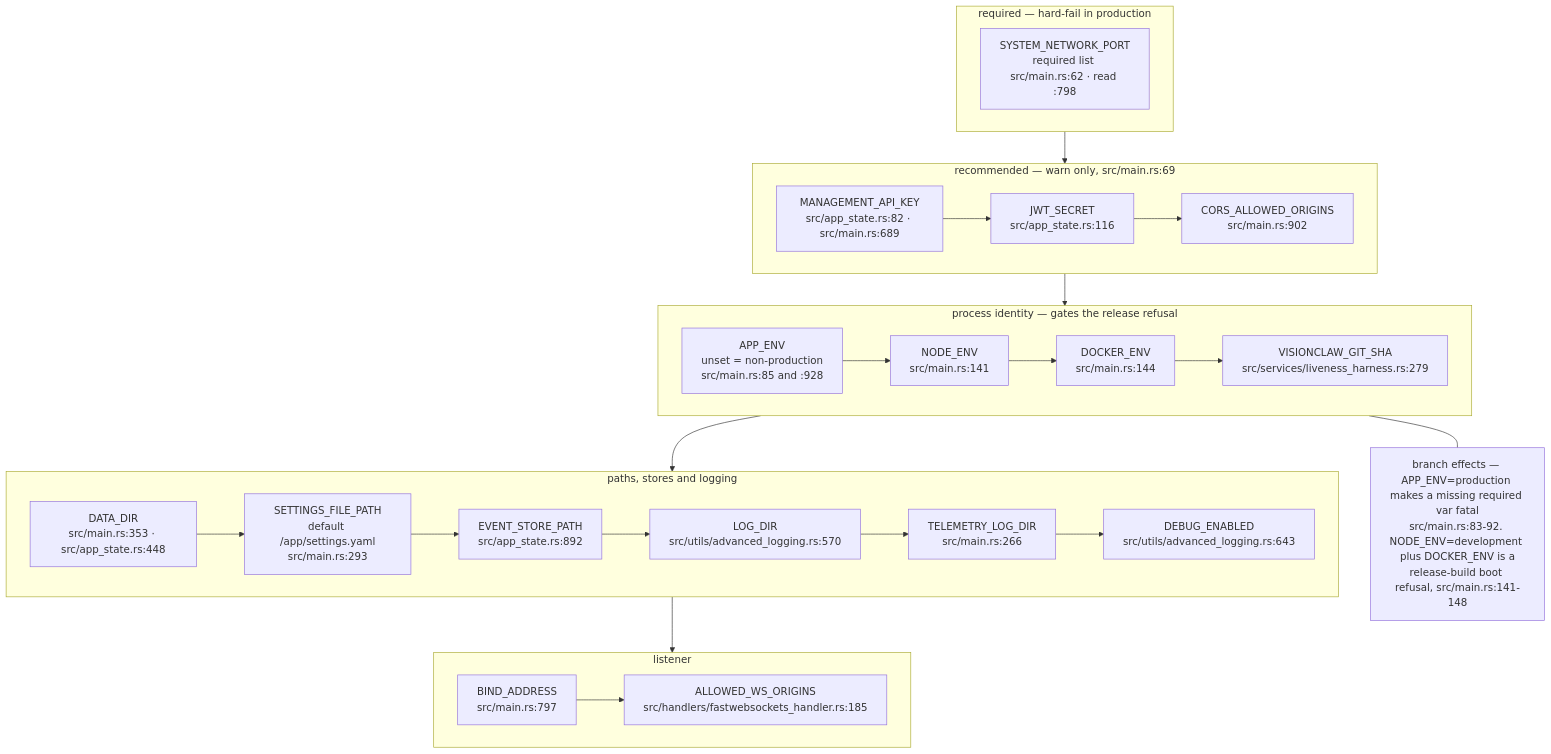
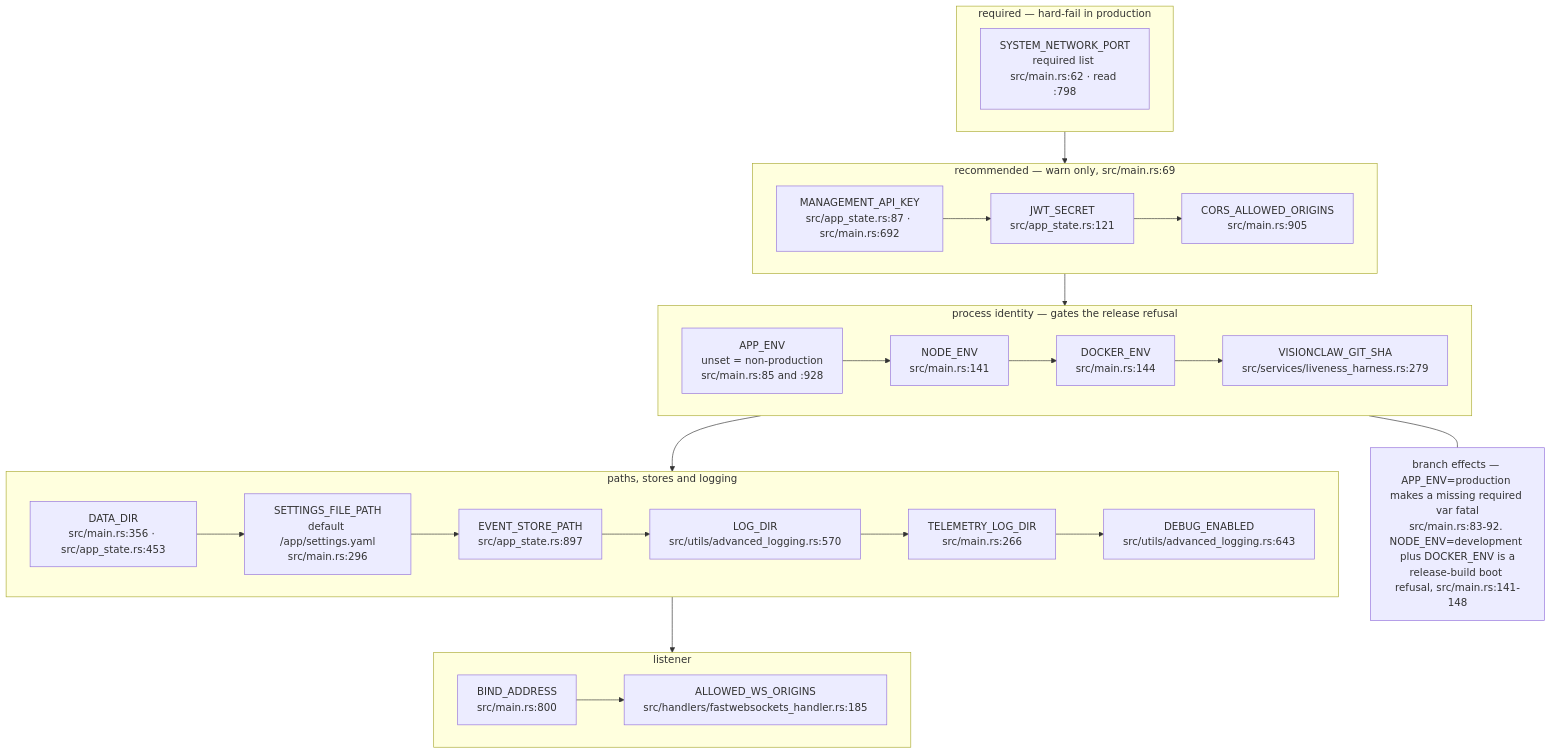
The eighth of 15 diagrams in docs/diagrams/visionclaw/09-config-and-env-flags.md (DreamLab-AI/AR-AI-Knowledge-Graph), drawn with Mermaid before and after one commit. The commit also changed other lines of this file and 73 other files, not shown here.

First line of the commit message:
docs(diagrams): re-verify all 71 topic files against HEAD; add --cite-check

````diff
--- a/docs/diagrams/visionclaw/09-config-and-env-flags.md
+++ b/docs/diagrams/visionclaw/09-config-and-env-flags.md
@@ -375,21 +375,21 @@
 ```mermaid
 flowchart TB
     subgraph REQ["required — hard-fail in production"]
         E1["SYSTEM_NETWORK_PORT<br/>required list src/main.rs:62 · read :798"]
     end
     subgraph RECO["recommended — warn only, src/main.rs:69"]
-        E2["MANAGEMENT_API_KEY<br/>src/app_state.rs:82 · src/main.rs:689"] --> E3["JWT_SECRET<br/>src/app_state.rs:116"] --> E4["CORS_ALLOWED_ORIGINS<br/>src/main.rs:902"]
+        E2["MANAGEMENT_API_KEY<br/>src/app_state.rs:87 · src/main.rs:692"] --> E3["JWT_SECRET<br/>src/app_state.rs:121"] --> E4["CORS_ALLOWED_ORIGINS<br/>src/main.rs:905"]
     end
     subgraph IDENT["process identity — gates the release refusal"]
         E5["APP_ENV<br/>unset = non-production<br/>src/main.rs:85 and :928"] --> E6["NODE_ENV<br/>src/main.rs:141"] --> E7["DOCKER_ENV<br/>src/main.rs:144"] --> E8["VISIONCLAW_GIT_SHA<br/>src/services/liveness_harness.rs:279"]
     end
     subgraph PATHS["paths, stores and logging"]
-        E9["DATA_DIR<br/>src/main.rs:353 · src/app_state.rs:448"] --> E10["SETTINGS_FILE_PATH<br/>default /app/settings.yaml<br/>src/main.rs:293"] --> E11["EVENT_STORE_PATH<br/>src/app_state.rs:892"] --> E12["LOG_DIR<br/>src/utils/advanced_logging.rs:570"] --> E13["TELEMETRY_LOG_DIR<br/>src/main.rs:266"] --> E14["DEBUG_ENABLED<br/>src/utils/advanced_logging.rs:643"]
+        E9["DATA_DIR<br/>src/main.rs:356 · src/app_state.rs:453"] --> E10["SETTINGS_FILE_PATH<br/>default /app/settings.yaml<br/>src/main.rs:296"] --> E11["EVENT_STORE_PATH<br/>src/app_state.rs:897"] --> E12["LOG_DIR<br/>src/utils/advanced_logging.rs:570"] --> E13["TELEMETRY_LOG_DIR<br/>src/main.rs:266"] --> E14["DEBUG_ENABLED<br/>src/utils/advanced_logging.rs:643"]
     end
     subgraph BIND["listener"]
-        E15["BIND_ADDRESS<br/>src/main.rs:797"] --> E16["ALLOWED_WS_ORIGINS<br/>src/handlers/fastwebsockets_handler.rs:185"]
+        E15["BIND_ADDRESS<br/>src/main.rs:800"] --> E16["ALLOWED_WS_ORIGINS<br/>src/handlers/fastwebsockets_handler.rs:185"]
     end
     REQ --> RECO --> IDENT --> PATHS --> BIND
     N["branch effects — APP_ENV=production makes a missing required var fatal<br/>src/main.rs:83-92. NODE_ENV=development plus DOCKER_ENV is a<br/>release-build boot refusal, src/main.rs:141-148"]
     IDENT --- N
 ```
````
